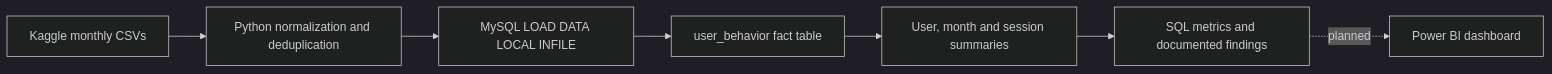
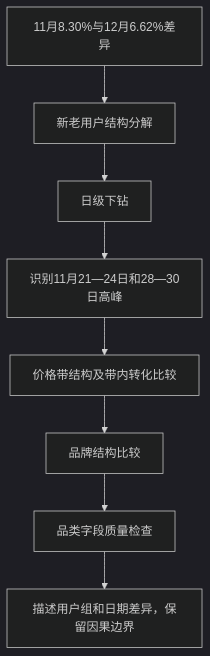
One commit to lcx12139/platform-user-behavior-analysis changed the second of 2 diagrams in README.md. Above: the diagram before and after it, drawn with Mermaid (dark theme). The commit also changed other lines of this file and 45 other files, not shown here.

````diff
--- a/README.md
+++ b/README.md
@@ -40,9 +57,10 @@
 ```mermaid
-flowchart LR
-    A[Kaggle monthly CSVs] --> B[Python normalization and deduplication]
-    B --> C[MySQL LOAD DATA LOCAL INFILE]
-    C --> D[user_behavior fact table]
-    D --> E[User, month and session summaries]
-    E --> F[SQL metrics and documented findings]
-    F -. planned .-> G[Power BI dashboard]
+flowchart TD
+ A[11月8.30%与12月6.62%差异] --> B[新老用户结构分解]
+ B --> C[日级下钻]
+ C --> D[识别11月21—24日和28—30日高峰]
+ D --> E[价格带结构及带内转化比较]
+ E --> F[品牌结构比较]
+ F --> G[品类字段质量检查]
+ G --> H[描述用户组和日期差异，保留因果边界]
 ```
````
